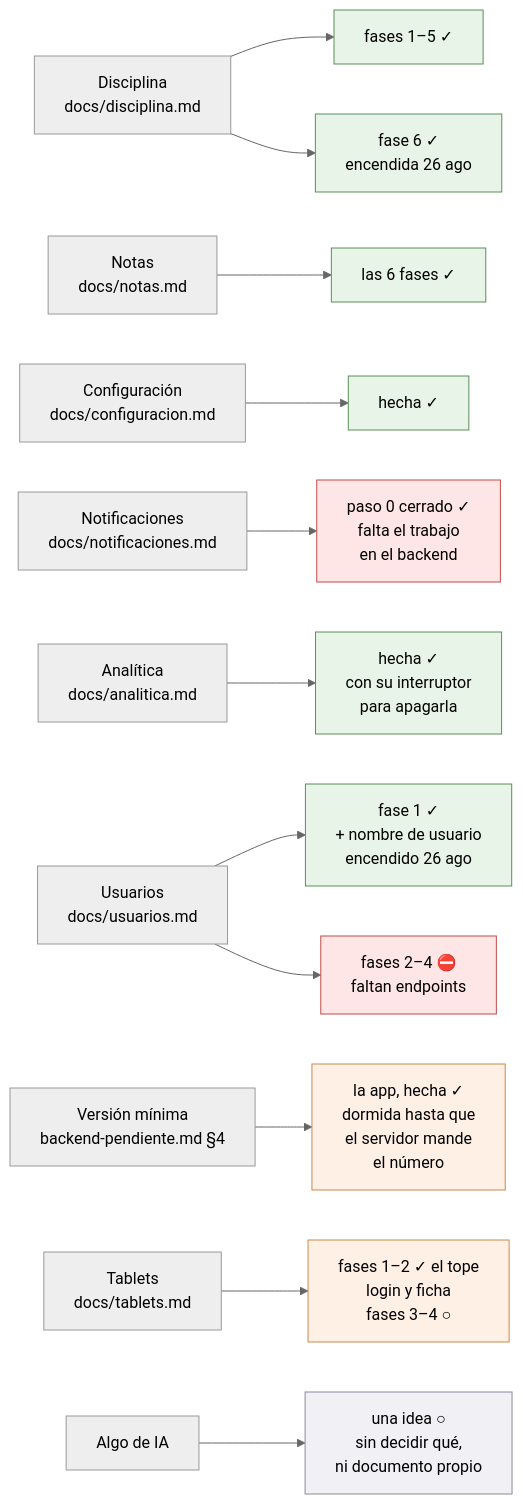
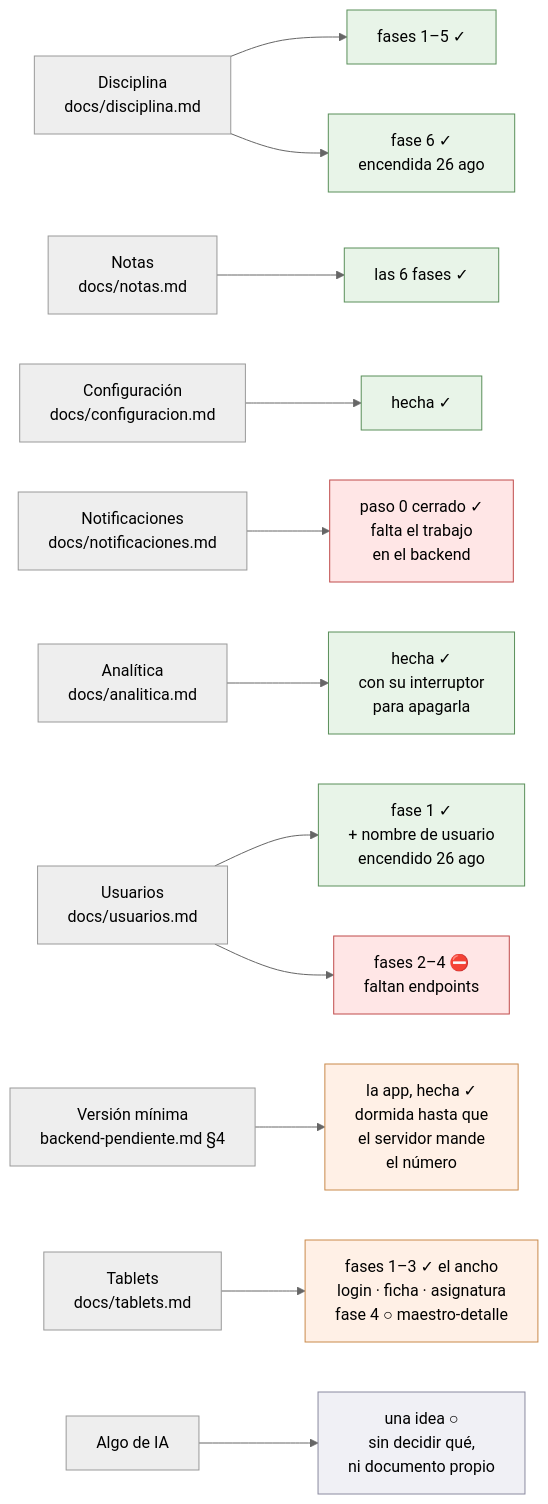
The diagram in docs/estado.md (bluesky777/myvc_flutter), drawn with Mermaid (neutral theme) before and after one commit. The commit also changed other lines of this file and 4 other files, not shown here.

First line of the commit message:
feat(tablets): el detalle de una asignatura, mirado de verdad en una tablet

````diff
--- a/docs/estado.md
+++ b/docs/estado.md
@@ -40,26 +40,26 @@
 ```mermaid
 flowchart LR
     D["Disciplina<br/>docs/disciplina.md"] --> D5["fases 1–5 ✓"]
     D --> D6["fase 6 ✓<br/>encendida 26 ago"]
     N["Notas<br/>docs/notas.md"] --> N4["las 6 fases ✓"]
     C["Configuración<br/>docs/configuracion.md"] --> C0["hecha ✓"]
     P["Notificaciones<br/>docs/notificaciones.md"] --> P0["paso 0 cerrado ✓<br/>falta el trabajo<br/>en el backend"]
     A["Analítica<br/>docs/analitica.md"] --> A0["hecha ✓<br/>con su interruptor<br/>para apagarla"]
     U["Usuarios<br/>docs/usuarios.md"] --> U1["fase 1 ✓<br/>+ nombre de usuario<br/>encendido 26 ago"]
     U --> U2["fases 2–4 ⛔<br/>faltan endpoints"]
     V["Versión mínima<br/>backend-pendiente.md §4"] --> V1["la app, hecha ✓<br/>dormida hasta que<br/>el servidor mande<br/>el número"]
-    T["Tablets<br/>docs/tablets.md"] --> T0["fases 1–2 ✓ el tope<br/>login y ficha<br/>fases 3–4 ○"]
+    T["Tablets<br/>docs/tablets.md"] --> T0["fases 1–3 ✓ el ancho<br/>login · ficha · asignatura<br/>fase 4 ○ maestro-detalle"]
     I["Algo de IA"] --> I0["una idea ○<br/>sin decidir qué,<br/>ni documento propio"]
 
     style D5 fill:#e8f4e8,stroke:#5a8f5a
     style N4 fill:#e8f4e8,stroke:#5a8f5a
     style D6 fill:#e8f4e8,stroke:#5a8f5a
     style P0 fill:#ffe6e6,stroke:#c04b4b
     style C0 fill:#e8f4e8,stroke:#5a8f5a
     style A0 fill:#e8f4e8,stroke:#5a8f5a
     style U1 fill:#e8f4e8,stroke:#5a8f5a
     style U2 fill:#ffe6e6,stroke:#c04b4b
     style V1 fill:#fff0e6,stroke:#c98a4b
     style T0 fill:#fff0e6,stroke:#c98a4b
     style I0 fill:#f0f0f5,stroke:#8a8aa0
 ```
````
